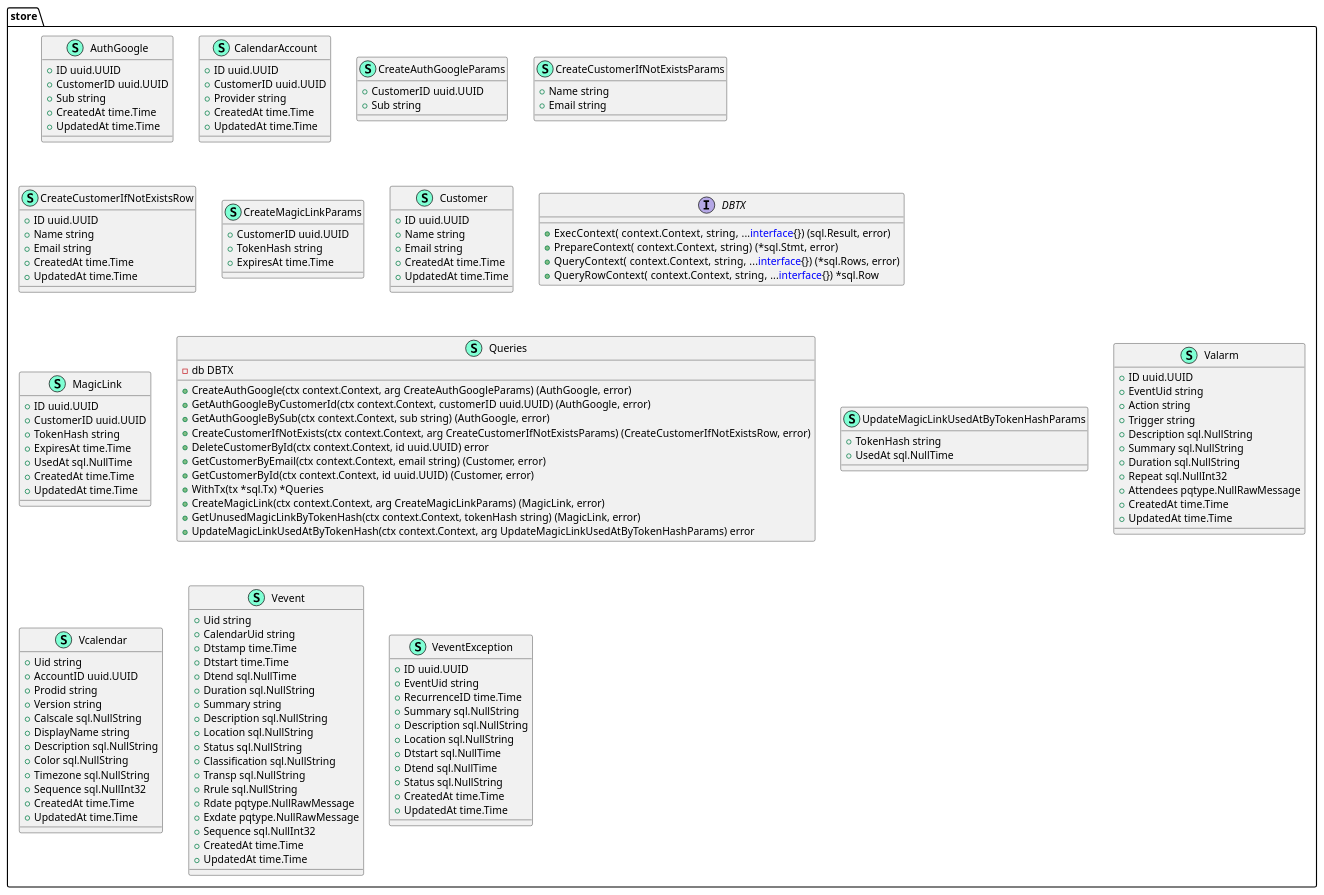
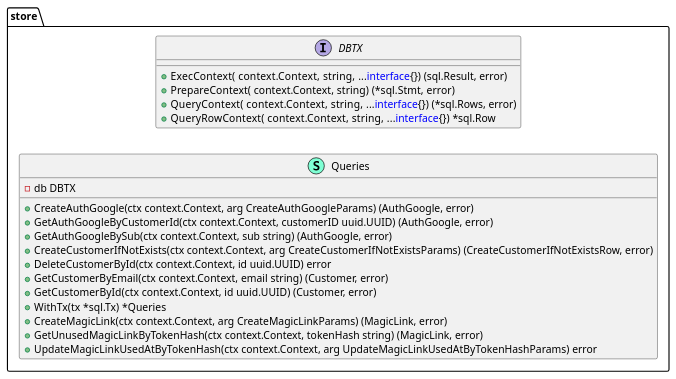
The ninth of 11 diagrams in docs/diagrams/class/class-diagram.puml (jadwalapp/symmetrical-spoon), drawn with PlantUML before and after one commit. The commit also changed other lines of this file and 5 other files, not shown here.

Commit message:
make class diagram better

```diff
--- a/docs/diagrams/class/class-diagram.puml
+++ b/docs/diagrams/class/class-diagram.puml
@@ -388,154 +228,30 @@
 @startuml store
+
+left to right direction
+
 namespace store {
-    class AuthGoogle << (S,Aquamarine) >> {
-        + ID uuid.UUID
-        + CustomerID uuid.UUID
-        + Sub string
-        + CreatedAt time.Time
-        + UpdatedAt time.Time
-
-    }
-    class CalendarAccount << (S,Aquamarine) >> {
-        + ID uuid.UUID
-        + CustomerID uuid.UUID
-        + Provider string
-        + CreatedAt time.Time
-        + UpdatedAt time.Time
-
-    }
-    class CreateAuthGoogleParams << (S,Aquamarine) >> {
-        + CustomerID uuid.UUID
-        + Sub string
-
-    }
-    class CreateCustomerIfNotExistsParams << (S,Aquamarine) >> {
-        + Name string
-        + Email string
-
-    }
-    class CreateCustomerIfNotExistsRow << (S,Aquamarine) >> {
-        + ID uuid.UUID
-        + Name string
-        + Email string
-        + CreatedAt time.Time
-        + UpdatedAt time.Time
-
-    }
-    class CreateMagicLinkParams << (S,Aquamarine) >> {
-        + CustomerID uuid.UUID
-        + TokenHash string
-        + ExpiresAt time.Time
-
-    }
-    class Customer << (S,Aquamarine) >> {
-        + ID uuid.UUID
-        + Name string
-        + Email string
-        + CreatedAt time.Time
-        + UpdatedAt time.Time
-
-    }
     interface DBTX  {
         + ExecContext( context.Context,  string,  ...<font color=blue>interface</font>{}) (sql.Result, error)
         + PrepareContext( context.Context,  string) (*sql.Stmt, error)
         + QueryContext( context.Context,  string,  ...<font color=blue>interface</font>{}) (*sql.Rows, error)
         + QueryRowContext( context.Context,  string,  ...<font color=blue>interface</font>{}) *sql.Row
-
-    }
-    class MagicLink << (S,Aquamarine) >> {
-        + ID uuid.UUID
-        + CustomerID uuid.UUID
-        + TokenHash string
-        + ExpiresAt time.Time
-        + UsedAt sql.NullTime
-        + CreatedAt time.Time
-        + UpdatedAt time.Time
 
     }
     class Queries << (S,Aquamarine) >> {
         - db DBTX
 
         + CreateAuthGoogle(ctx context.Context, arg CreateAuthGoogleParams) (AuthGoogle, error)
         + GetAuthGoogleByCustomerId(ctx context.Context, customerID uuid.UUID) (AuthGoogle, error)
         + GetAuthGoogleBySub(ctx context.Context, sub string) (AuthGoogle, error)
         + CreateCustomerIfNotExists(ctx context.Context, arg CreateCustomerIfNotExistsParams) (CreateCustomerIfNotExistsRow, error)
         + DeleteCustomerById(ctx context.Context, id uuid.UUID) error
         + GetCustomerByEmail(ctx context.Context, email string) (Customer, error)
         + GetCustomerById(ctx context.Context, id uuid.UUID) (Customer, error)
         + WithTx(tx *sql.Tx) *Queries
         + CreateMagicLink(ctx context.Context, arg CreateMagicLinkParams) (MagicLink, error)
         + GetUnusedMagicLinkByTokenHash(ctx context.Context, tokenHash string) (MagicLink, error)
         + UpdateMagicLinkUsedAtByTokenHash(ctx context.Context, arg UpdateMagicLinkUsedAtByTokenHashParams) error
 
     }
-    class UpdateMagicLinkUsedAtByTokenHashParams << (S,Aquamarine) >> {
-        + TokenHash string
-        + UsedAt sql.NullTime
-
-    }
-    class Valarm << (S,Aquamarine) >> {
-        + ID uuid.UUID
-        + EventUid string
-        + Action string
-        + Trigger string
-        + Description sql.NullString
-        + Summary sql.NullString
-        + Duration sql.NullString
-        + Repeat sql.NullInt32
-        + Attendees pqtype.NullRawMessage
-        + CreatedAt time.Time
-        + UpdatedAt time.Time
-
-    }
-    class Vcalendar << (S,Aquamarine) >> {
-        + Uid string
-        + AccountID uuid.UUID
-        + Prodid string
-        + Version string
-        + Calscale sql.NullString
-        + DisplayName string
-        + Description sql.NullString
-        + Color sql.NullString
-        + Timezone sql.NullString
-        + Sequence sql.NullInt32
-        + CreatedAt time.Time
-        + UpdatedAt time.Time
-
-    }
-    class Vevent << (S,Aquamarine) >> {
-        + Uid string
-        + CalendarUid string
-        + Dtstamp time.Time
-        + Dtstart time.Time
-        + Dtend sql.NullTime
-        + Duration sql.NullString
-        + Summary string
-        + Description sql.NullString
-        + Location sql.NullString
-        + Status sql.NullString
-        + Classification sql.NullString
-        + Transp sql.NullString
-        + Rrule sql.NullString
-        + Rdate pqtype.NullRawMessage
-        + Exdate pqtype.NullRawMessage
-        + Sequence sql.NullInt32
-        + CreatedAt time.Time
-        + UpdatedAt time.Time
-
-    }
-    class VeventException << (S,Aquamarine) >> {
-        + ID uuid.UUID
-        + EventUid string
-        + RecurrenceID time.Time
-        + Summary sql.NullString
-        + Description sql.NullString
-        + Location sql.NullString
-        + Dtstart sql.NullTime
-        + Dtend sql.NullTime
-        + Status sql.NullString
-        + CreatedAt time.Time
-        + UpdatedAt time.Time
-
-    }
 }
 @enduml
```
